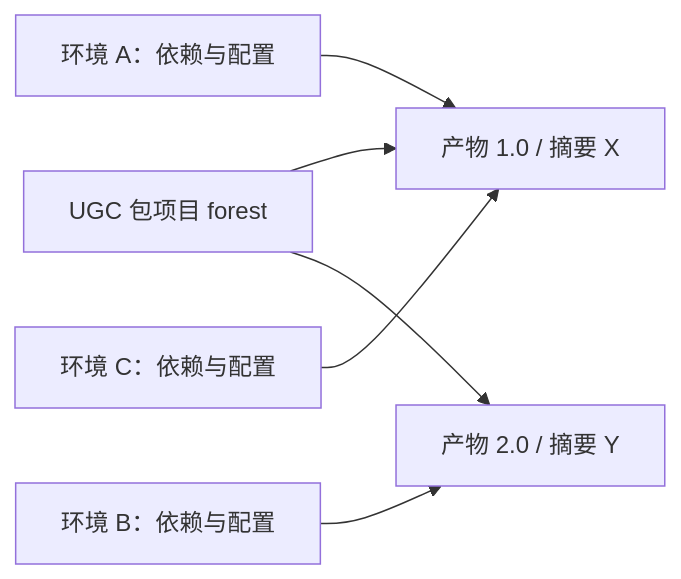
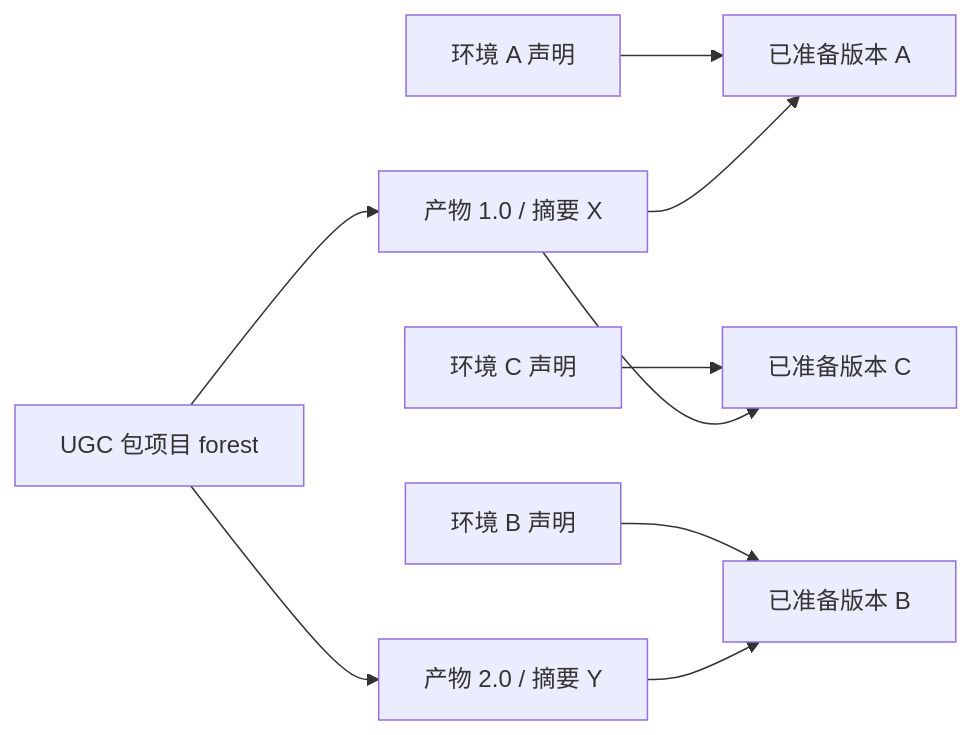
The diagram in docs/proposals/content-environment-model.md (arcadia-eternity/arcadia-eternity), drawn with Mermaid before and after one commit. The commit also changed other lines of this file and 253 other files, not shown here.

````diff
--- a/docs/proposals/content-environment-model.md
+++ b/docs/proposals/content-environment-model.md
@@ -75,8 +78,11 @@
 ```mermaid
 graph LR
   P[UGC 包项目 forest] --> V1[产物 1.0 / 摘要 X]
   P --> V2[产物 2.0 / 摘要 Y]
-  A[环境 A：依赖与配置] --> V1
-  C[环境 C：依赖与配置] --> V1
-  B[环境 B：依赖与配置] --> V2
+  A[环境 A 声明] --> PA[已准备版本 A]
+  C[环境 C 声明] --> PC[已准备版本 C]
+  B[环境 B 声明] --> PB[已准备版本 B]
+  V1 --> PA
+  V1 --> PC
+  V2 --> PB
 ```
````
